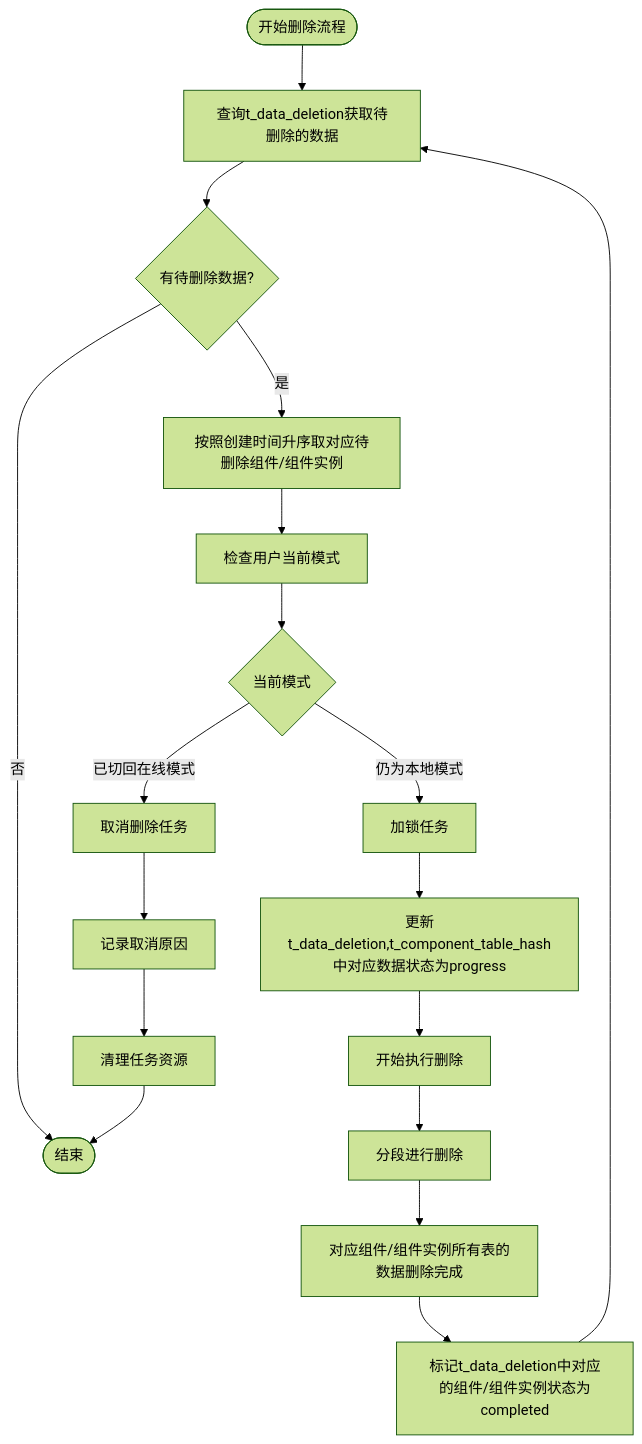
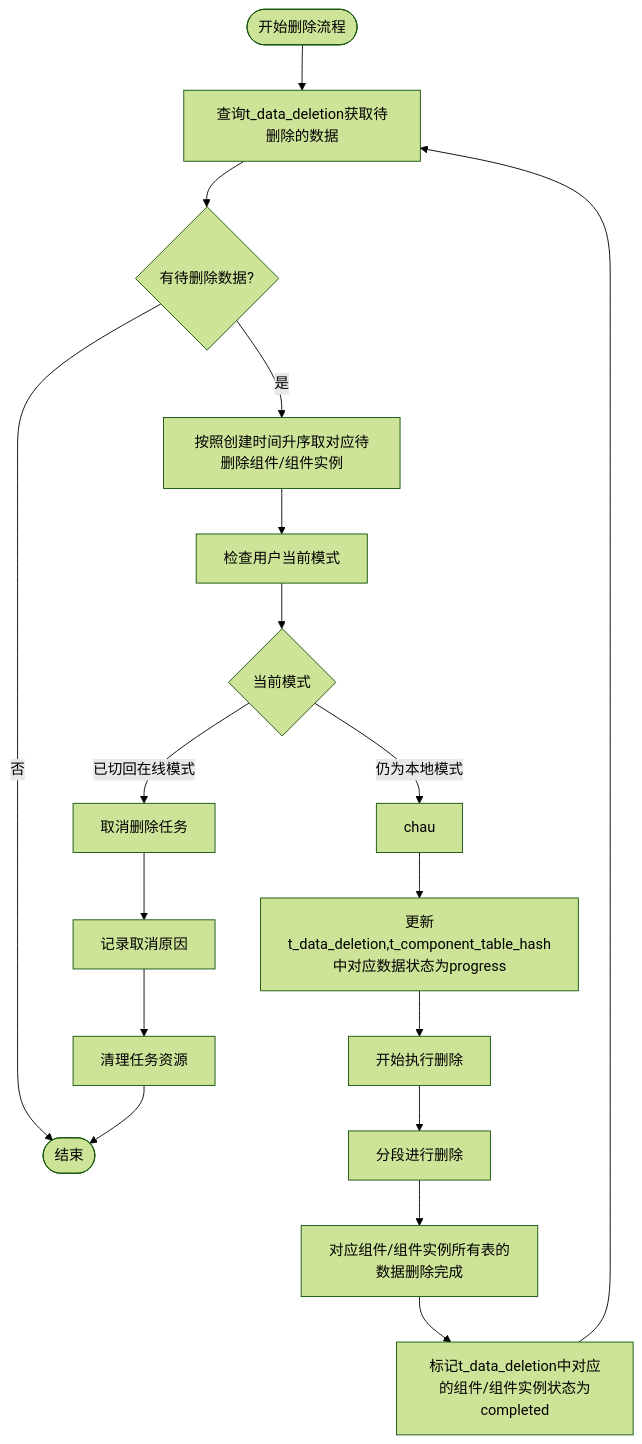
One commit to yingjianzh/iodraw-files changed the diagram in all/未命名-51.md. Above: the diagram before and after it, drawn with Mermaid (forest theme).

Commit message:
2025-05-08 15:44:17 update

````diff
--- a/all/未命名-51.md
+++ b/all/未命名-51.md
@@ -1,28 +1,28 @@
 ```mermaid
 flowchart TD
     Start([开始删除流程]) --> FetchTasks[查询t_data_deletion获取待删除的数据]
     FetchTasks --> HasTasks{有待删除数据?}
     
     HasTasks -->|否| End([结束])
     HasTasks -->|是| PrioritizeTasks[按照创建时间升序取对应待删除组件/组件实例]
     
     PrioritizeTasks --> CheckUserMode[检查用户当前模式]
     
     CheckUserMode --> CurrentMode{当前模式}
     CurrentMode -->|已切回在线模式| TaskCancel[取消删除任务]
-    CurrentMode -->|仍为本地模式| LockTask[加锁任务]
+    CurrentMode -->|仍为本地模式| LockTask[chau]
     
     LockTask --> UpdateStatus[更新t_data_deletion,t_component_table_hash中对应数据状态为progress]
     UpdateStatus --> BeginDeletion[开始执行删除]
     
     BeginDeletion --> A[分段进行删除]
     
     A --> B[对应组件/组件实例所有表的数据删除完成]
     B --> MarkCompleted[标记t_data_deletion中对应的组件/组件实例状态为completed]
     
     TaskCancel --> LogCancellation[记录取消原因]
     LogCancellation --> CleanupTask[清理任务资源]
     
     MarkCompleted --> FetchTasks
     CleanupTask --> End
 ```
````
